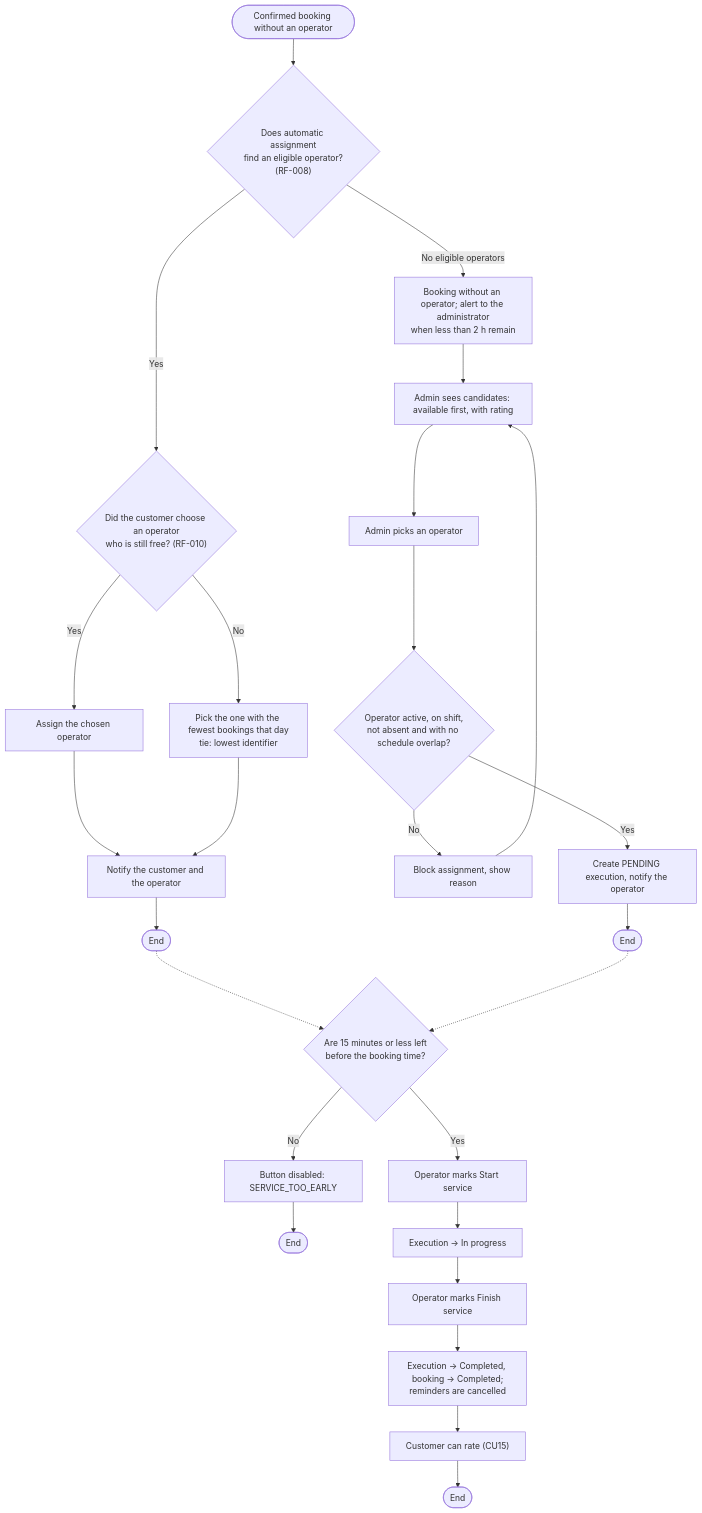
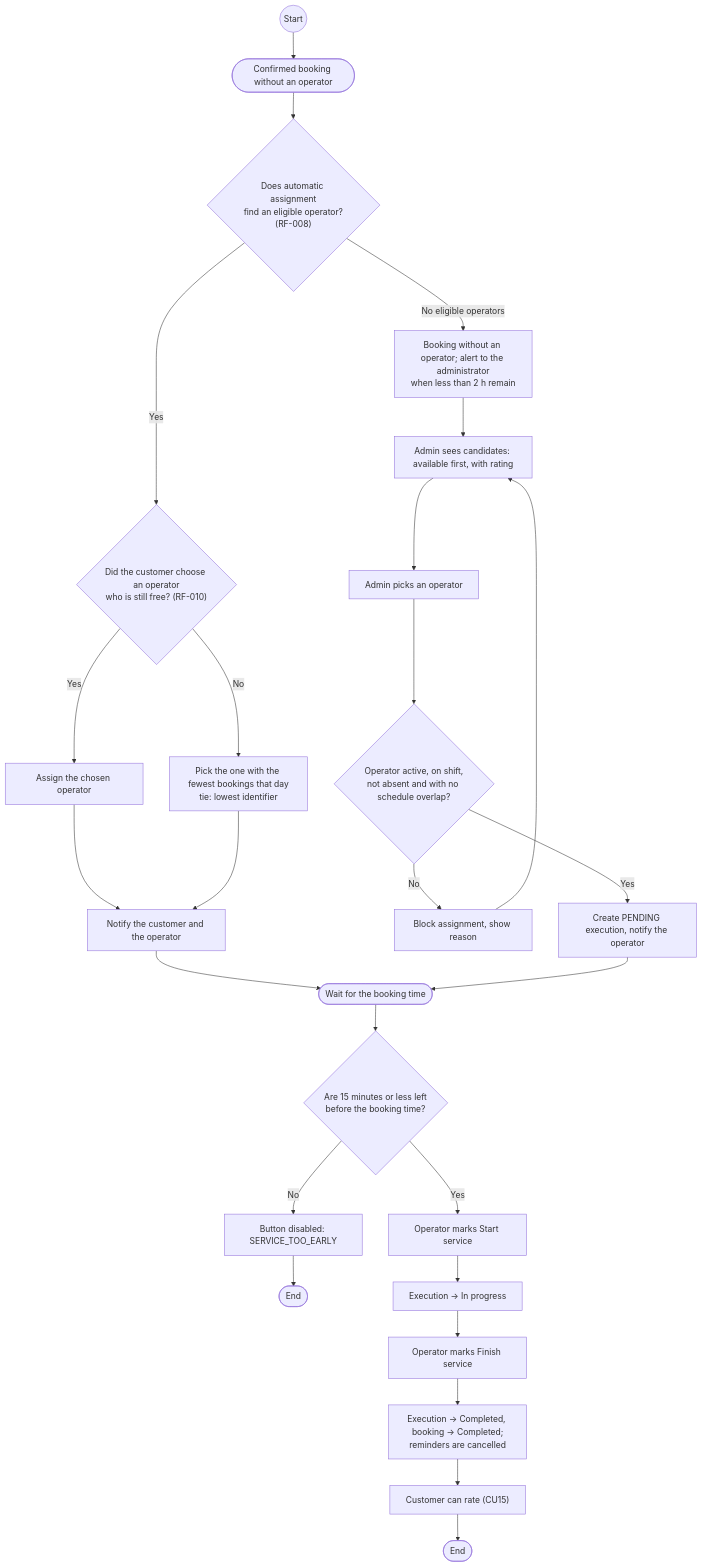
One commit to BrayanCABRERA123/lavarapido-docs changed diagram 17 of 26 in 02_DOCUMENTACION_DE_ANALISIS_DEL_SOFTWARE/EN/MD/software-analysis-documentation.md. Above: the diagram before and after it, drawn with Mermaid. The commit also changed other lines of this file and 5 other files, not shown here.

Commit message:
docs(analysis): clean the activity, sequence and state diagrams after a second visual review

````diff
--- a/02_DOCUMENTACION_DE_ANALISIS_DEL_SOFTWARE/EN/MD/software-analysis-documentation.md
+++ b/02_DOCUMENTACION_DE_ANALISIS_DEL_SOFTWARE/EN/MD/software-analysis-documentation.md
@@ -716,29 +716,29 @@
 ```mermaid
 flowchart TD
+    start0((Start)) --> start
     start([Confirmed booking without an operator]) --> auto{"Does automatic assignment<br/>find an eligible operator?<br/>(RF-008)"}
     auto -->|Yes| pref{"Did the customer choose an operator<br/>who is still free? (RF-010)"}
     pref -->|Yes| chosen[Assign the chosen operator]
     pref -->|No| pick[Pick the one with the fewest bookings that day<br/>tie: lowest identifier]
     chosen --> notifyop[Notify the customer and the operator]
     pick --> notifyop
-    notifyop --> stopA([End])
+    notifyop --> wait([Wait for the booking time])
     auto -->|No eligible operators| manual["Booking without an operator; alert to the administrator<br/>when less than 2 h remain"]
     manual --> list[Admin sees candidates: available first, with rating]
     list --> chooseop[Admin picks an operator]
     chooseop --> valid{Operator active, on shift,<br/>not absent and with no schedule overlap?}
     valid -->|No| blockop[Block assignment, show reason]
     blockop --> list
     valid -->|Yes| assign[Create PENDING execution, notify the operator]
-    assign --> stopB([End])
+    assign --> wait
 
-    stopA -.-> today{"Are 15 minutes or less left<br/>before the booking time?"}
-    stopB -.-> today
+    wait --> today{"Are 15 minutes or less left<br/>before the booking time?"}
     today -->|No| blockday[Button disabled: SERVICE_TOO_EARLY]
     blockday --> stopC([End])
     today -->|Yes| startsvc[Operator marks Start service]
     startsvc --> inprog[Execution → In progress]
     inprog --> finish[Operator marks Finish service]
     finish --> completed[Execution → Completed, booking → Completed;<br/>reminders are cancelled]
     completed --> rate["Customer can rate (CU15)"]
     rate --> stopD([End])
 ```
````
